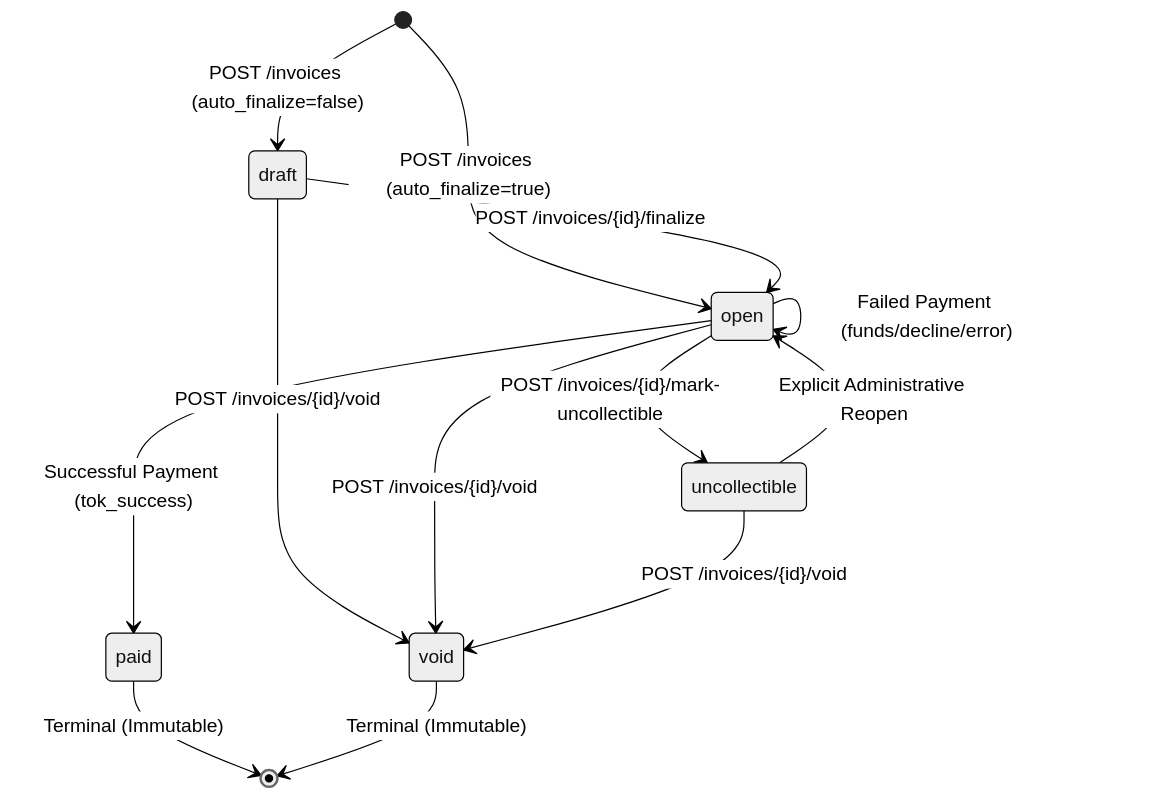
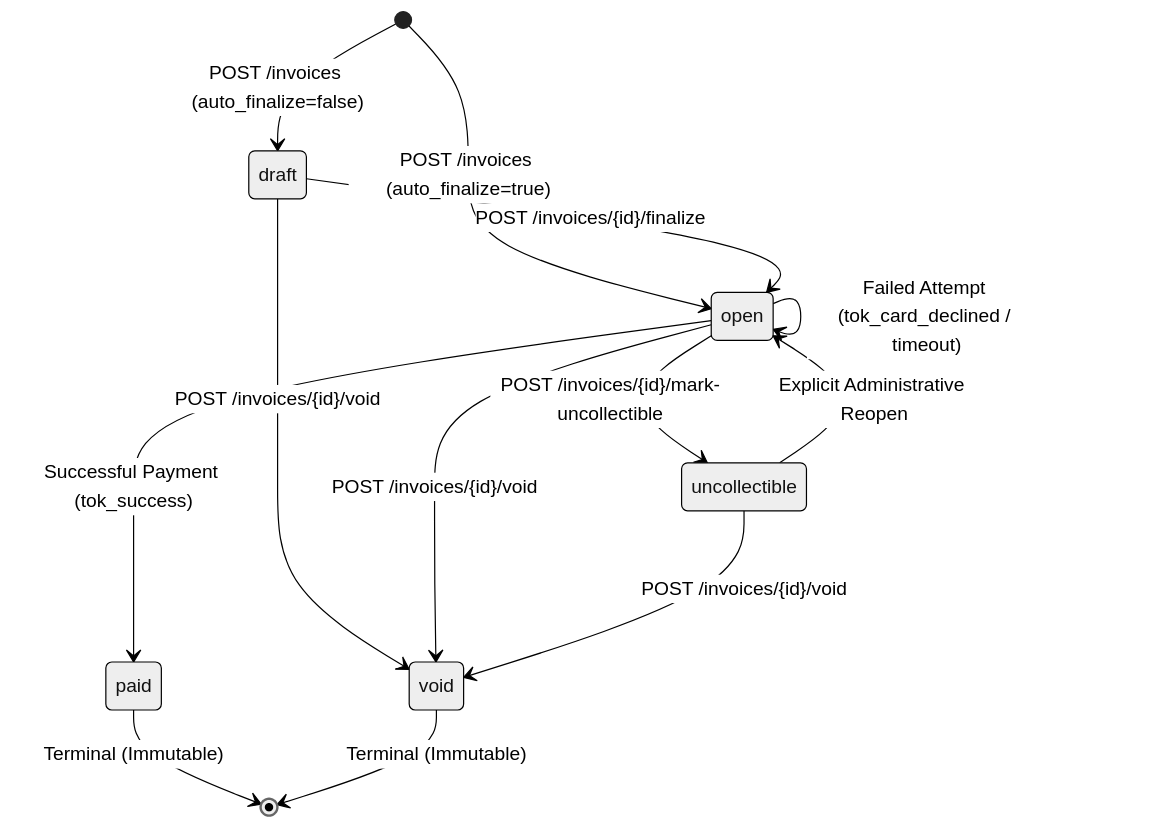
Before and after one commit to Anmol1602/Dodo-Payment-System: the diagram in DESIGN.md, drawn with Mermaid (neutral theme). The commit also changed other lines of this file and 2 other files, not shown here.

````diff
--- a/DESIGN.md
+++ b/DESIGN.md
@@ -180,19 +187,19 @@
 ```mermaid
 stateDiagram-v2
     [*] --> draft : POST /invoices (auto_finalize=false)
     [*] --> open : POST /invoices (auto_finalize=true)
-    
+
     draft --> open : POST /invoices/{id}/finalize
     draft --> void : POST /invoices/{id}/void
-    
+
     open --> paid : Successful Payment (tok_success)
-    open --> open : Failed Payment (funds/decline/error)
+    open --> open : Failed Attempt (tok_card_declined / timeout)
     open --> void : POST /invoices/{id}/void
     open --> uncollectible : POST /invoices/{id}/mark-uncollectible
-    
+
     uncollectible --> open : Explicit Administrative Reopen
     uncollectible --> void : POST /invoices/{id}/void
-    
+
     paid --> [*] : Terminal (Immutable)
     void --> [*] : Terminal (Immutable)
 ```
````
